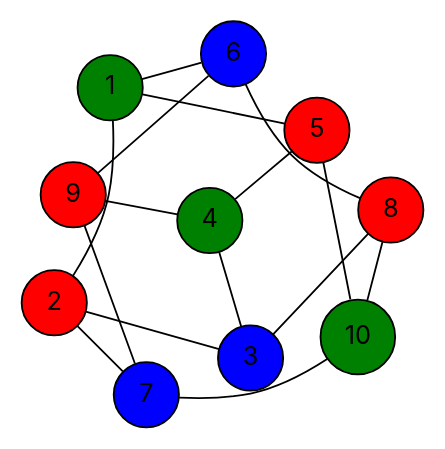
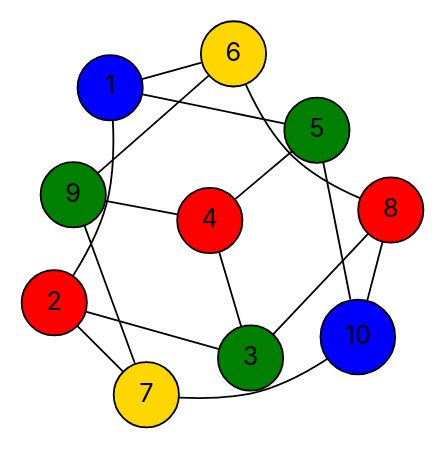
Before and after one commit to vercah/vertex-coloring: the diagram in data/final-dots/easy-05-parallel.dot, drawn with Graphviz. The commit also changed 92 other files, not shown here.

```diff
--- a/data/final-dots/easy-05-parallel.dot
+++ b/data/final-dots/easy-05-parallel.dot
@@ -1,31 +1,31 @@
 graph G {
   layout=neato;
   overlap=false;
   splines=true;
   node [shape=circle, style=filled, fontname=Inter];
-  1 [label="1", fillcolor="green", tooltip="v1 color 1"];
+  1 [label="1", fillcolor="blue", tooltip="v1 color 2"];
   2 [label="2", fillcolor="red", tooltip="v2 color 0"];
-  3 [label="3", fillcolor="blue", tooltip="v3 color 2"];
-  4 [label="4", fillcolor="green", tooltip="v4 color 1"];
-  5 [label="5", fillcolor="red", tooltip="v5 color 0"];
-  6 [label="6", fillcolor="blue", tooltip="v6 color 2"];
-  7 [label="7", fillcolor="blue", tooltip="v7 color 2"];
+  3 [label="3", fillcolor="green", tooltip="v3 color 1"];
+  4 [label="4", fillcolor="red", tooltip="v4 color 0"];
+  5 [label="5", fillcolor="green", tooltip="v5 color 1"];
+  6 [label="6", fillcolor="gold", tooltip="v6 color 3"];
+  7 [label="7", fillcolor="gold", tooltip="v7 color 3"];
   8 [label="8", fillcolor="red", tooltip="v8 color 0"];
-  9 [label="9", fillcolor="red", tooltip="v9 color 0"];
-  10 [label="10", fillcolor="green", tooltip="v10 color 1"];
+  9 [label="9", fillcolor="green", tooltip="v9 color 1"];
+  10 [label="10", fillcolor="blue", tooltip="v10 color 2"];
   1 -- 2;
   1 -- 5;
   1 -- 6;
   2 -- 3;
   2 -- 7;
   3 -- 4;
   3 -- 8;
   4 -- 5;
   4 -- 9;
   5 -- 10;
   6 -- 8;
   6 -- 9;
   7 -- 9;
   7 -- 10;
   8 -- 10;
 }
```
